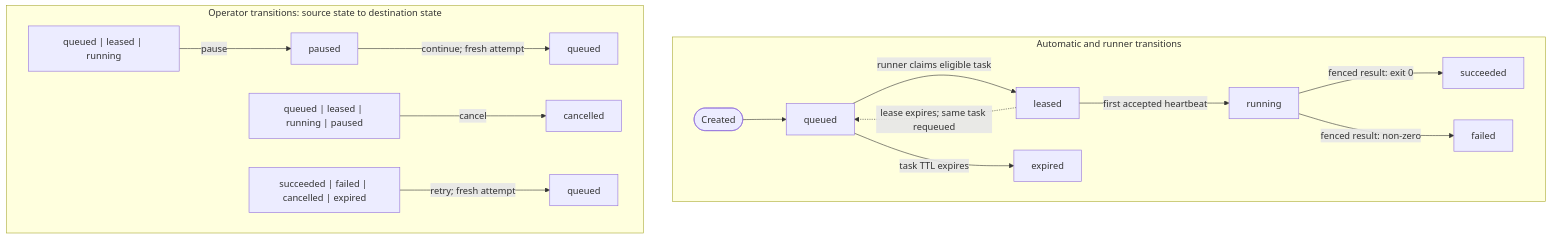
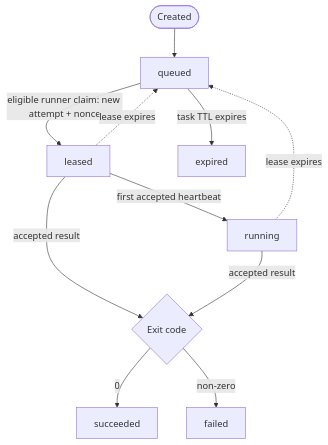
One commit to dengyie/agent-fleet changed the third of 6 diagrams in docs/visual-architecture.md. Above: the diagram before and after it, drawn with Mermaid. The commit also changed other lines of this file and 39 other files, not shown here.

Commit message:
docs: publish visual architecture and evidence

````diff
--- a/docs/visual-architecture.md
+++ b/docs/visual-architecture.md
@@ -81,21 +92,13 @@
 ```mermaid
 flowchart TB
-    subgraph Automatic["Automatic and runner transitions"]
-        direction LR
-        Start(["Created"]) --> Queued["queued"]
-        Queued -- "runner claims eligible task" --> Leased["leased"]
-        Leased -- "first accepted heartbeat" --> Running["running"]
-        Leased -. "lease expires; same task requeued" .-> Queued
-        Running -- "fenced result: exit 0" --> Succeeded["succeeded"]
-        Running -- "fenced result: non-zero" --> Failed["failed"]
-        Queued -- "task TTL expires" --> Expired["expired"]
-    end
-
-    subgraph OperatorRules["Operator transitions: source state to destination state"]
-        direction LR
-        PauseSource["queued | leased | running"] -- "pause" --> Paused["paused"]
-        Paused -- "continue; fresh attempt" --> Continued["queued"]
-        CancelSource["queued | leased | running | paused"] -- "cancel" --> Cancelled["cancelled"]
-        RetrySource["succeeded | failed | cancelled | expired"] -- "retry; fresh attempt" --> Retried["queued"]
-    end
+    Start(["Created"]) --> Queued["queued"]
+    Queued -- "eligible runner claim: new attempt + nonce" --> Leased["leased"]
+    Queued -- "task TTL expires" --> Expired["expired"]
+    Leased -- "first accepted heartbeat" --> Running["running"]
+    Leased -. "lease expires" .-> Queued
+    Running -. "lease expires" .-> Queued
+    Leased -- "accepted result" --> Exit{"Exit code"}
+    Running -- "accepted result" --> Exit
+    Exit -- "0" --> Succeeded["succeeded"]
+    Exit -- "non-zero" --> Failed["failed"]
 ```
````
